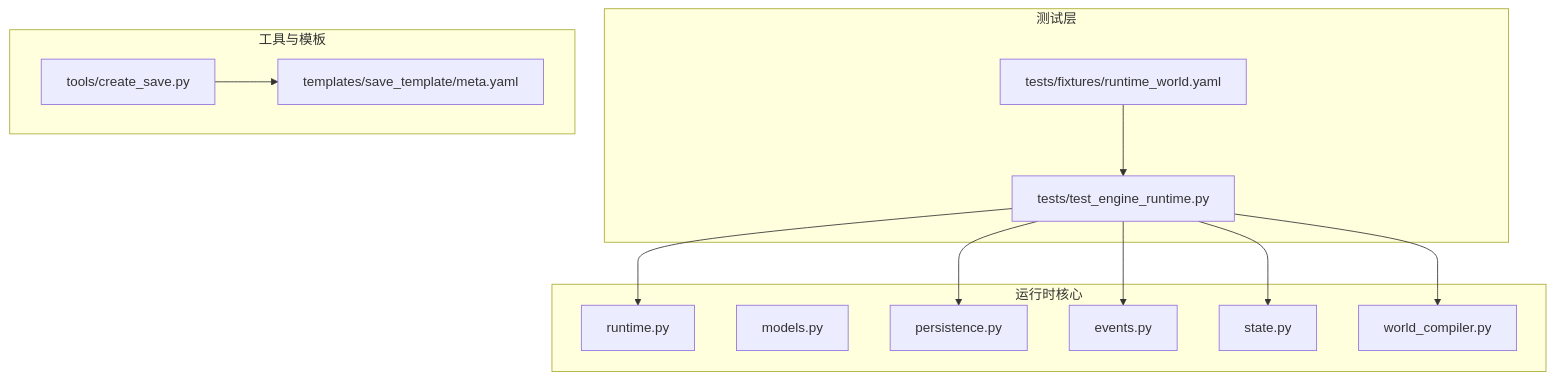
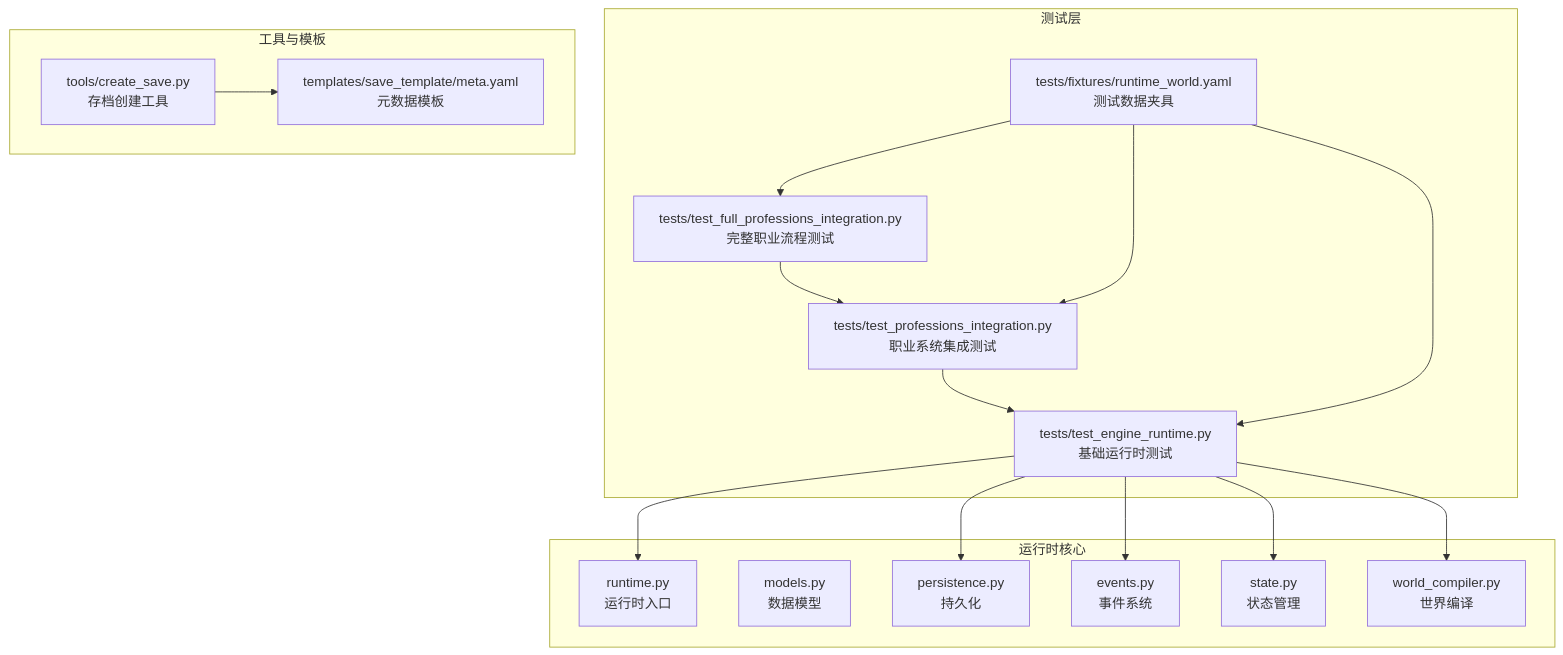
The first of 4 diagrams in .qoder/repowiki/zh/content/测试指南.md (Ivandanslespace/thegreatnovel), drawn with Mermaid before and after one commit. The commit also changed other lines of this file and 264 other files, not shown here.

````diff
--- a/.qoder/repowiki/zh/content/测试指南.md
+++ b/.qoder/repowiki/zh/content/测试指南.md
@@ -39,26 +51,32 @@
 ```mermaid
 graph TB
 subgraph "测试层"
-T1["tests/test_engine_runtime.py"]
-F1["tests/fixtures/runtime_world.yaml"]
+T1["tests/test_engine_runtime.py<br/>基础运行时测试"]
+T2["tests/test_professions_integration.py<br/>职业系统集成测试"]
+T3["tests/test_full_professions_integration.py<br/>完整职业流程测试"]
+F1["tests/fixtures/runtime_world.yaml<br/>测试数据夹具"]
 end
 subgraph "运行时核心"
-R1["runtime.py"]
-M1["models.py"]
-P1["persistence.py"]
-E1["events.py"]
-S1["state.py"]
-W1["world_compiler.py"]
+R1["runtime.py<br/>运行时入口"]
+M1["models.py<br/>数据模型"]
+P1["persistence.py<br/>持久化"]
+E1["events.py<br/>事件系统"]
+S1["state.py<br/>状态管理"]
+W1["world_compiler.py<br/>世界编译"]
 end
 subgraph "工具与模板"
-TL1["tools/create_save.py"]
-TM1["templates/save_template/meta.yaml"]
+TL1["tools/create_save.py<br/>存档创建工具"]
+TM1["templates/save_template/meta.yaml<br/>元数据模板"]
 end
 T1 --> R1
 T1 --> P1
 T1 --> E1
 T1 --> S1
 T1 --> W1
+T2 --> T1
+T3 --> T2
 F1 --> T1
+F1 --> T2
+F1 --> T3
 TL1 --> TM1
 ```
````
